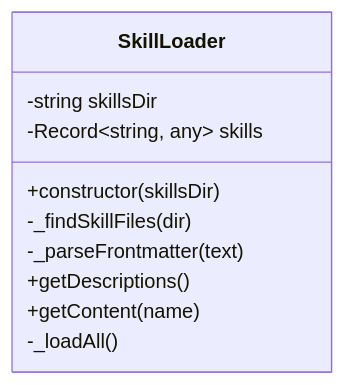
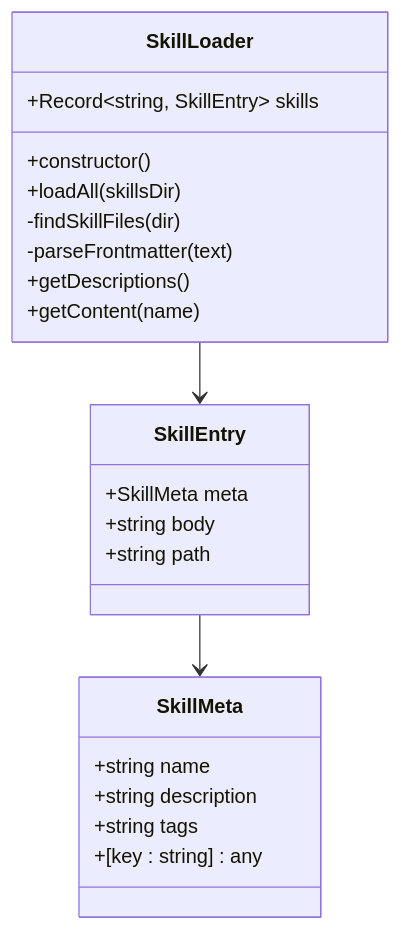
Before and after one commit to eurekaYYzero/Mini-Claude-Code: the third of 7 diagrams in .qoder/repowiki/zh/content/核心功能详解/技能加载系统.md, drawn with Mermaid. The commit also changed other lines of this file and 27 other files, not shown here.

````diff
--- a/.qoder/repowiki/zh/content/核心功能详解/技能加载系统.md
+++ b/.qoder/repowiki/zh/content/核心功能详解/技能加载系统.md
@@ -142,13 +165,25 @@
 ```mermaid
 classDiagram
 class SkillLoader {
--string skillsDir
--Record~string, any~ skills
-+constructor(skillsDir)
--_findSkillFiles(dir)
--_parseFrontmatter(text)
++Record~string, SkillEntry~ skills
++constructor()
++loadAll(skillsDir)
+-findSkillFiles(dir)
+-parseFrontmatter(text)
 +getDescriptions()
 +getContent(name)
--_loadAll()
 }
+class SkillEntry {
++SkillMeta meta
++string body
++string path
+}
+class SkillMeta {
++string name
++string description
++string tags
++[key : string] : any
+}
+SkillLoader --> SkillEntry
+SkillEntry --> SkillMeta
 ```
````
